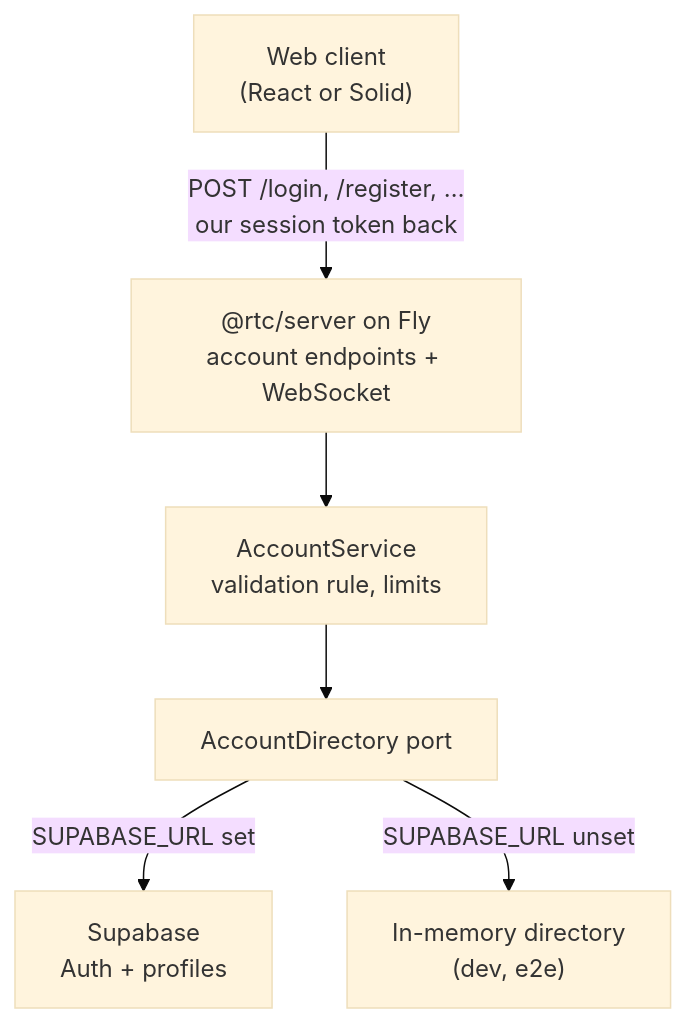
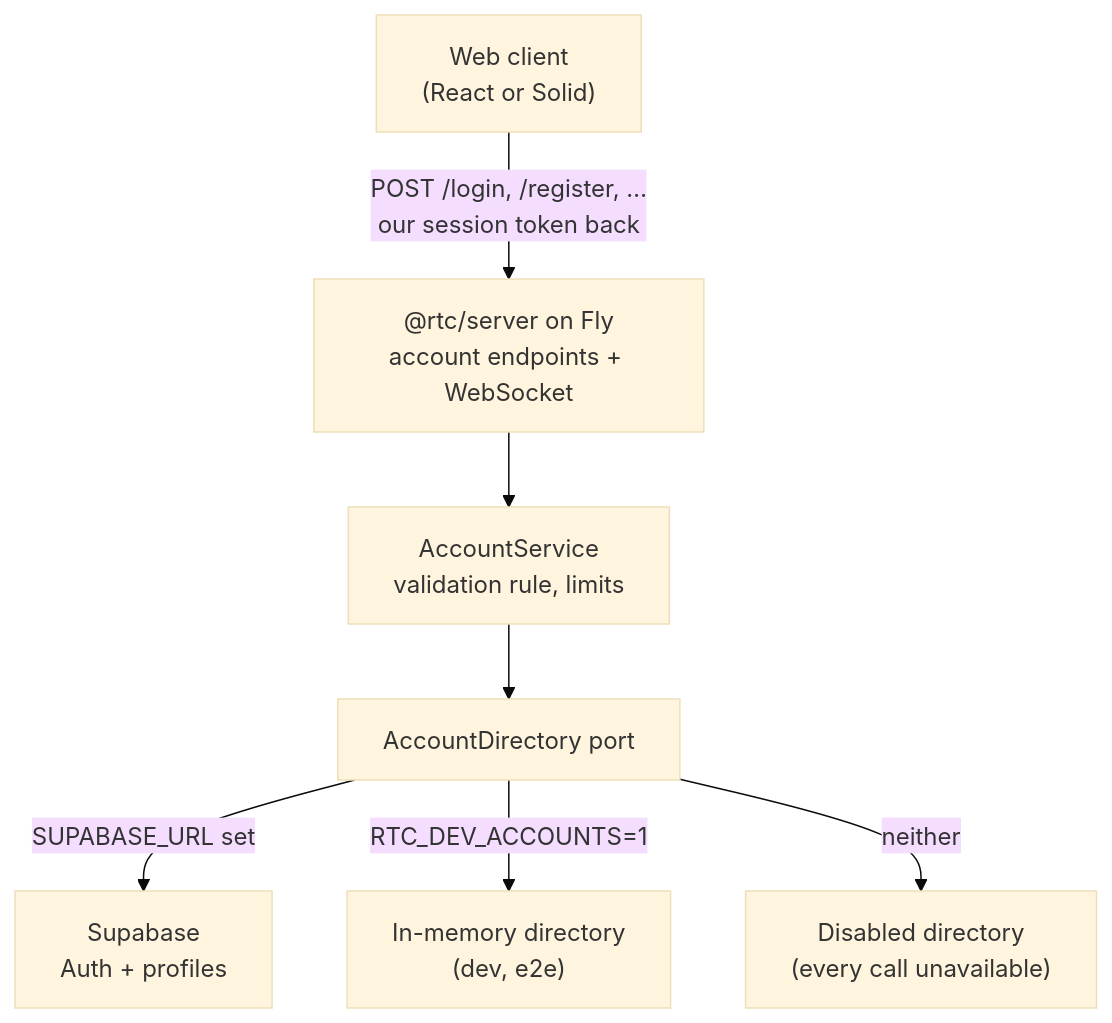
One commit to bettersoftware-io/ReactiveTraderCloudClone changed the diagram in docs/superpowers/specs/2026-10-04-b2-user-management-design.md. Above: the diagram before and after it, drawn with Mermaid (base theme). The commit also changed other lines of this file and 7 other files, not shown here.

````diff
--- a/docs/superpowers/specs/2026-10-04-b2-user-management-design.md
+++ b/docs/superpowers/specs/2026-10-04-b2-user-management-design.md
@@ -63,15 +91,17 @@
 ```mermaid
 flowchart TD
     browser["Web client<br/>(React or Solid)"]
     server["@rtc/server on Fly<br/>account endpoints + WebSocket"]
     policy["AccountService<br/>validation rule, limits"]
     directory["AccountDirectory port"]
     supabase["Supabase<br/>Auth + profiles"]
     memory["In-memory directory<br/>(dev, e2e)"]
+    disabled["Disabled directory<br/>(every call unavailable)"]
 
     browser -->|"POST /login, /register, …<br/>our session token back"| server
     server --> policy
     policy --> directory
     directory -->|"SUPABASE_URL set"| supabase
-    directory -->|"SUPABASE_URL unset"| memory
+    directory -->|"RTC_DEV_ACCOUNTS=1"| memory
+    directory -->|"neither"| disabled
 ```
````
